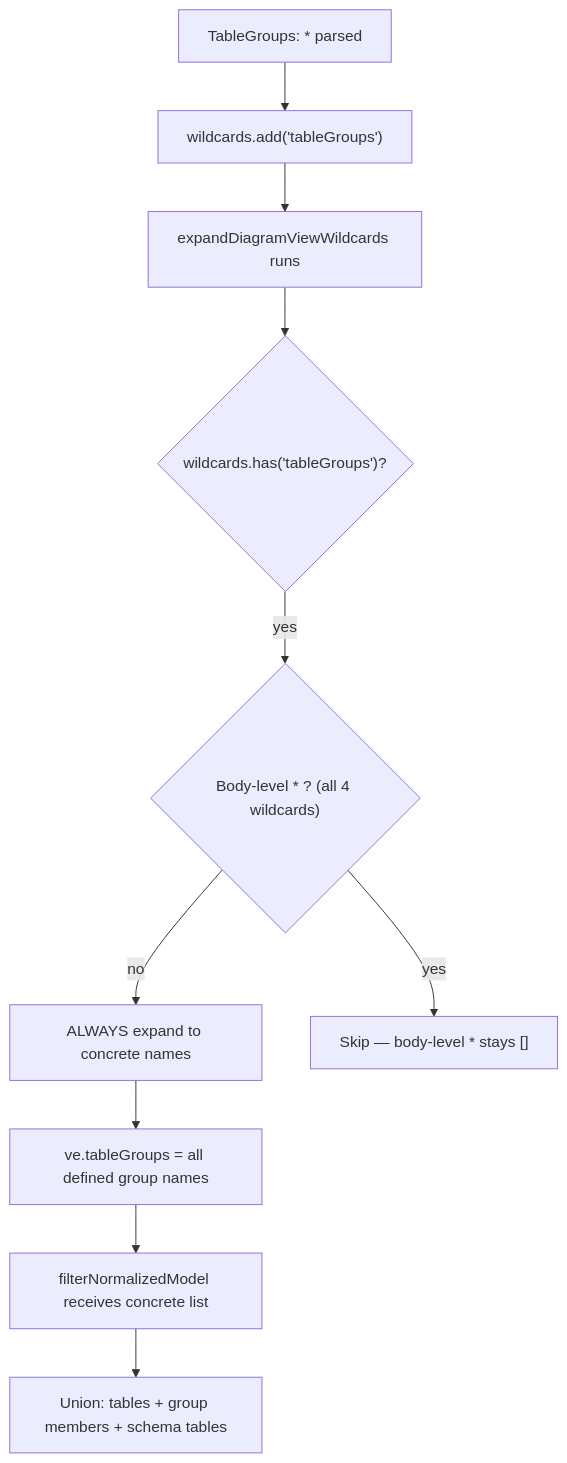
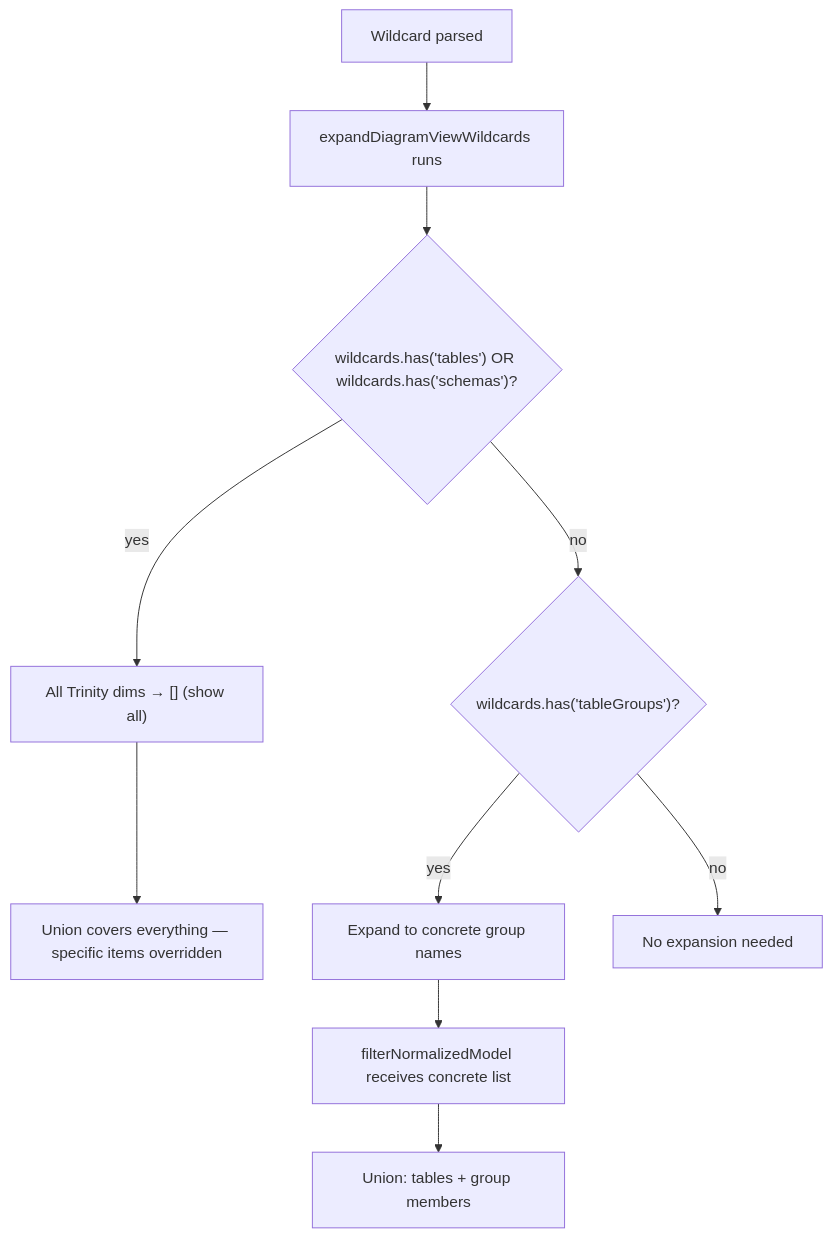
One commit to holistics/dbml changed the second of 3 diagrams in ai-contracts/dbml-union-intersect-diagram-view/02-solutions.md. Above: the diagram before and after it, drawn with Mermaid. The commit also changed other lines of this file and 5 other files, not shown here.

````diff
--- a/ai-contracts/dbml-union-intersect-diagram-view/02-solutions.md
+++ b/ai-contracts/dbml-union-intersect-diagram-view/02-solutions.md
@@ -119,12 +119,12 @@
 ```mermaid
 flowchart TD
-    A["TableGroups: * parsed"] --> B["wildcards.add('tableGroups')"]
-    B --> C["expandDiagramViewWildcards runs"]
-    C --> D{"wildcards.has('tableGroups')?"}
-    D -->|yes| E{"Body-level * ? (all 4 wildcards)"}
-    E -->|no| F["ALWAYS expand to concrete names"]
-    E -->|yes| G["Skip — body-level * stays []"]
-    F --> H["ve.tableGroups = all defined group names"]
-    H --> I["filterNormalizedModel receives concrete list"]
-    I --> J["Union: tables + group members + schema tables"]
+    A["Wildcard parsed"] --> B["expandDiagramViewWildcards runs"]
+    B --> C{"wildcards.has('tables') OR wildcards.has('schemas')?"}
+    C -->|yes| D["All Trinity dims → [] (show all)"]
+    D --> E["Union covers everything — specific items overridden"]
+    C -->|no| F{"wildcards.has('tableGroups')?"}
+    F -->|yes| G["Expand to concrete group names"]
+    G --> H["filterNormalizedModel receives concrete list"]
+    H --> I["Union: tables + group members"]
+    F -->|no| J["No expansion needed"]
 ```
````
